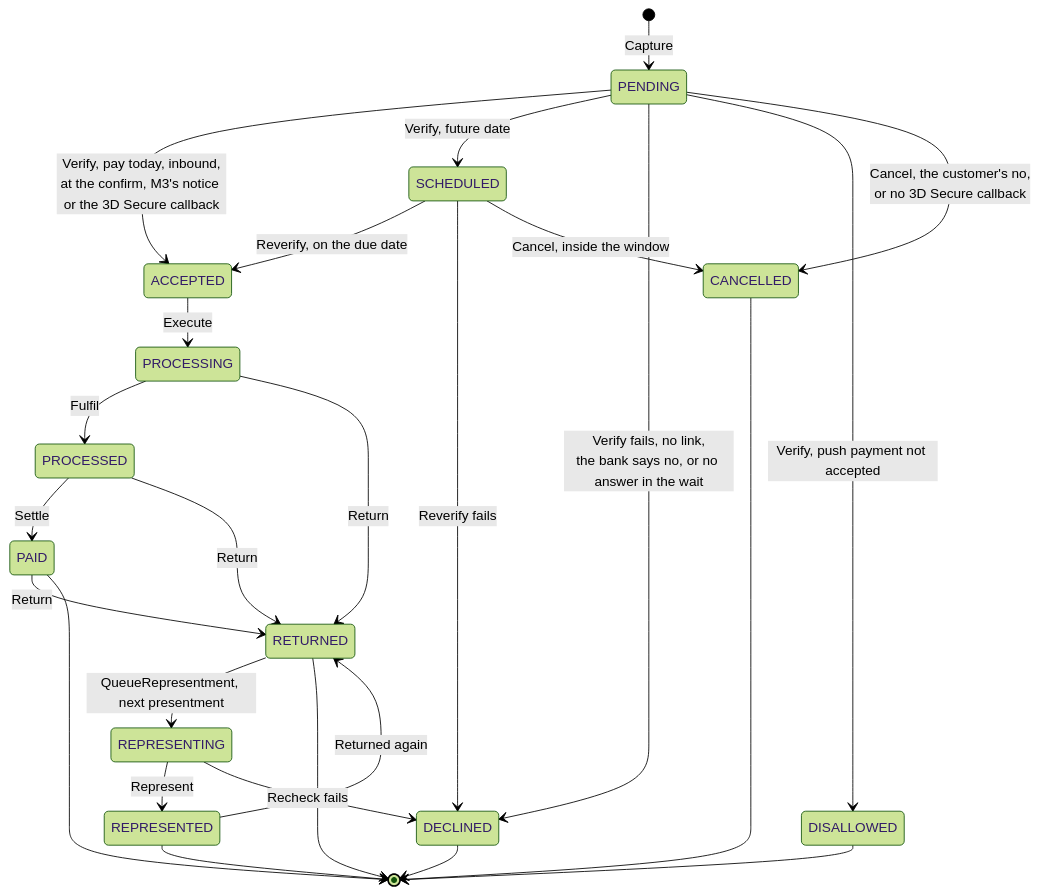
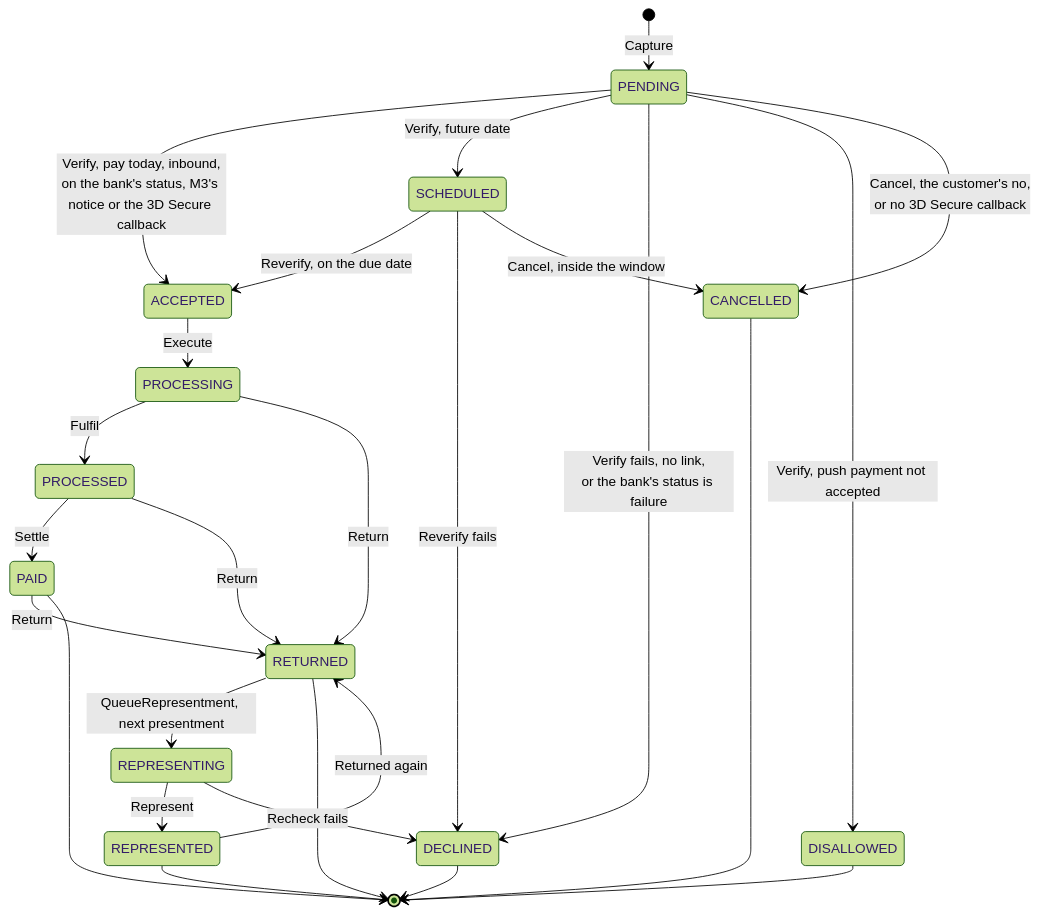
One commit to arunav-bhattacharya/billpay-book changed the first of 2 diagrams in website/docs/design/payment-state-model.md. Above: the diagram before and after it, drawn with Mermaid (forest theme). The commit also changed other lines of this file and 41 other files, not shown here.

````diff
--- a/website/docs/design/payment-state-model.md
+++ b/website/docs/design/payment-state-model.md
@@ -25,34 +25,34 @@
 ```mermaid
 ---
 config:
   nodeSpacing: 40
   rankSpacing: 34
 ---
 stateDiagram-v2
   direction TB
   [*] --> PENDING: Capture
-  PENDING --> ACCEPTED: Verify, pay today, inbound,<br/>at the confirm, M3's notice or the 3D Secure callback
+  PENDING --> ACCEPTED: Verify, pay today, inbound,<br/>on the bank's status, M3's notice or the 3D Secure callback
   PENDING --> SCHEDULED: Verify, future date
-  PENDING --> DECLINED: Verify fails, no link,<br/>the bank says no, or no answer in the wait
+  PENDING --> DECLINED: Verify fails, no link,<br/>or the bank's status is failure
   PENDING --> DISALLOWED: Verify, push payment not accepted
   PENDING --> CANCELLED: Cancel, the customer's no,<br/>or no 3D Secure callback
   SCHEDULED --> ACCEPTED: Reverify, on the due date
   SCHEDULED --> DECLINED: Reverify fails
   SCHEDULED --> CANCELLED: Cancel, inside the window
   ACCEPTED --> PROCESSING: Execute
   PROCESSING --> PROCESSED: Fulfil
   PROCESSED --> PAID: Settle
   PROCESSING --> RETURNED: Return
   PROCESSED --> RETURNED: Return
   PAID --> RETURNED: Return
   RETURNED --> REPRESENTING: QueueRepresentment, next presentment
   REPRESENTING --> REPRESENTED: Represent
   REPRESENTING --> DECLINED: Recheck fails
   REPRESENTED --> RETURNED: Returned again
   PAID --> [*]
   RETURNED --> [*]
   REPRESENTED --> [*]
   DECLINED --> [*]
   CANCELLED --> [*]
   DISALLOWED --> [*]
 ```
````
